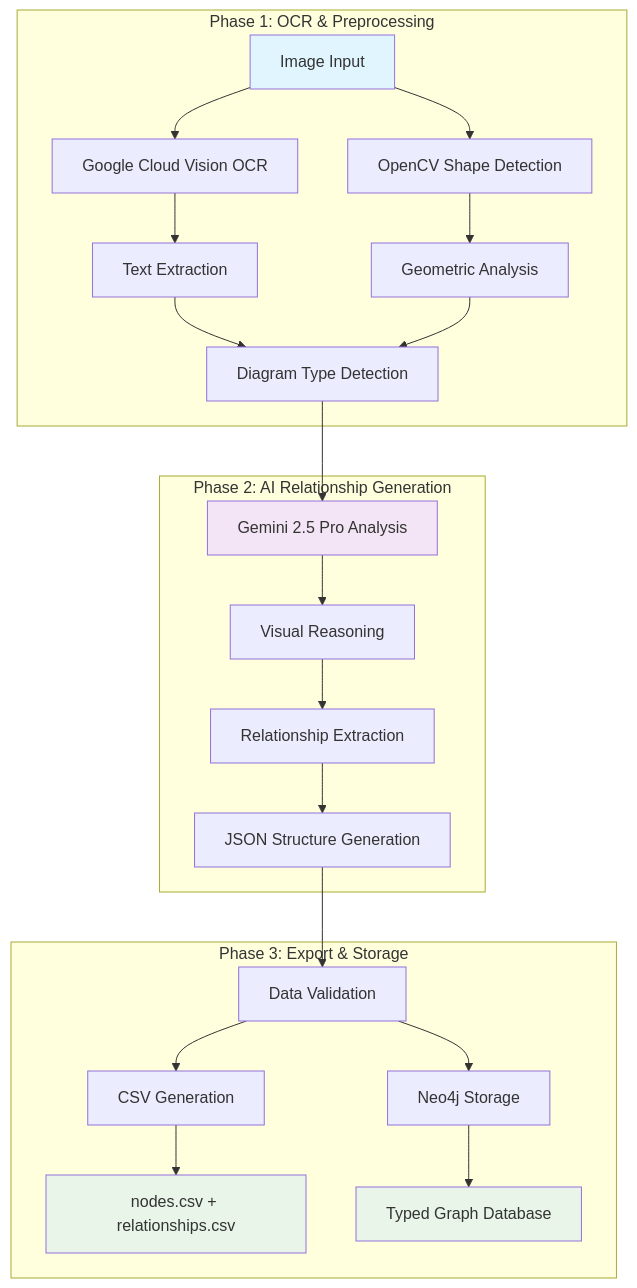
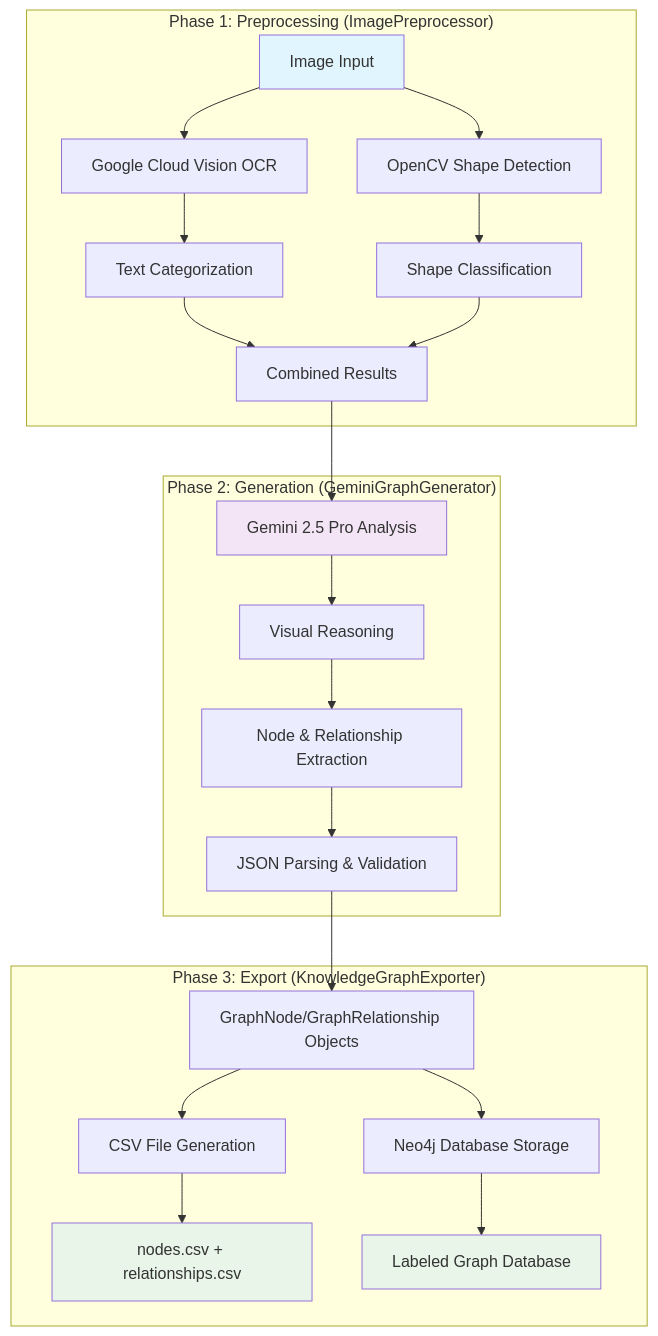
One commit to keo571/netbot-v2 changed the second of 4 diagrams in README.md. Above: the diagram before and after it, drawn with Mermaid. The commit also changed other lines of this file, not shown here.

First line of the commit message:
Update README charts to reflect actual codebase implementation

````diff
--- a/README.md
+++ b/README.md
@@ -119,31 +119,31 @@
 ```mermaid
 graph TB
-    subgraph "Phase 1: OCR & Preprocessing"
+    subgraph "Phase 1: Preprocessing (ImagePreprocessor)"
         A1[Image Input] --> B1[Google Cloud Vision OCR]
         A1 --> C1[OpenCV Shape Detection]
-        B1 --> D1[Text Extraction]
-        C1 --> E1[Geometric Analysis]
-        D1 --> F1[Diagram Type Detection]
+        B1 --> D1[Text Categorization]
+        C1 --> E1[Shape Classification]
+        D1 --> F1[Combined Results]
         E1 --> F1
     end
     
-    subgraph "Phase 2: AI Relationship Generation"
+    subgraph "Phase 2: Generation (GeminiGraphGenerator)"
         F1 --> G2[Gemini 2.5 Pro Analysis]
         G2 --> H2[Visual Reasoning]
-        H2 --> I2[Relationship Extraction]
-        I2 --> J2[JSON Structure Generation]
+        H2 --> I2[Node & Relationship Extraction]
+        I2 --> J2[JSON Parsing & Validation]
     end
     
-    subgraph "Phase 3: Export & Storage"
-        J2 --> K3[Data Validation]
-        K3 --> L3[CSV Generation]
-        K3 --> M3[Neo4j Storage]
+    subgraph "Phase 3: Export (KnowledgeGraphExporter)"
+        J2 --> K3[GraphNode/GraphRelationship Objects]
+        K3 --> L3[CSV File Generation]
+        K3 --> M3[Neo4j Database Storage]
         L3 --> N3[nodes.csv + relationships.csv]
-        M3 --> O3[Typed Graph Database]
+        M3 --> O3[Labeled Graph Database]
     end
     
     style A1 fill:#e1f5fe
     style G2 fill:#f3e5f5
     style N3 fill:#e8f5e8
     style O3 fill:#e8f5e8
 ```
````
